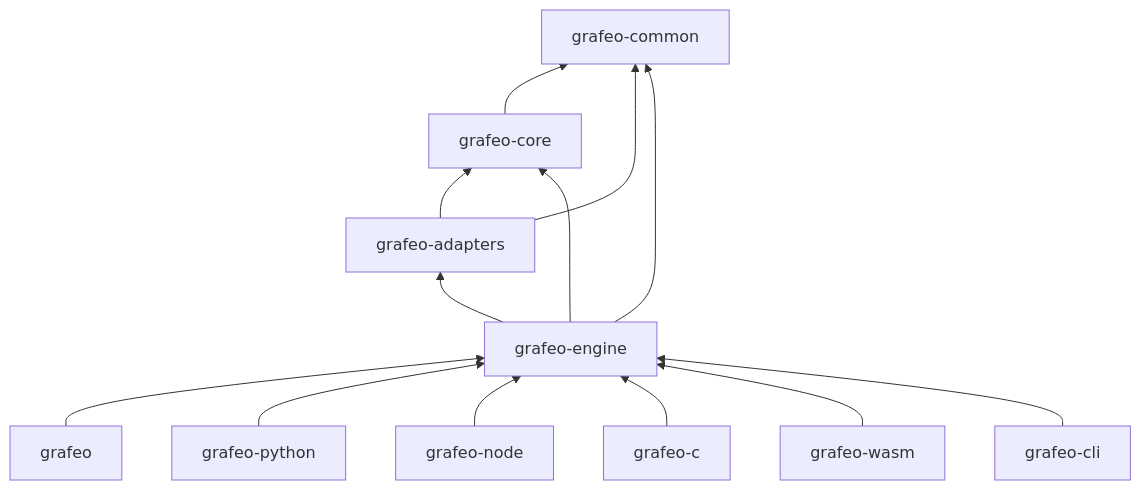
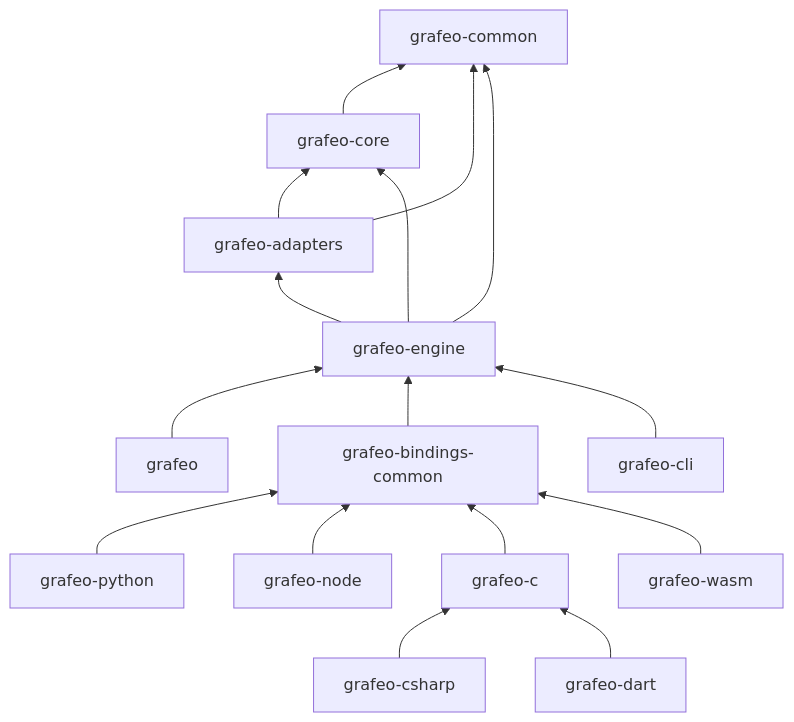
The diagram in docs/architecture/crates.md (Imaclean74/grafeo), drawn with Mermaid before and after one commit. The commit also changed other lines of this file and 44 other files, not shown here.

````diff
--- a/docs/architecture/crates.md
+++ b/docs/architecture/crates.md
@@ -15,26 +15,32 @@
 ```mermaid
 graph BT
     COMMON[grafeo-common]
     CORE[grafeo-core]
     ADAPTERS[grafeo-adapters]
     ENGINE[grafeo-engine]
     GRAFEO[grafeo]
     PYTHON[grafeo-python]
     NODE[grafeo-node]
     CFFI[grafeo-c]
     WASM[grafeo-wasm]
+    CSHARP[grafeo-csharp]
+    DART[grafeo-dart]
+    COMMON_BIND[grafeo-bindings-common]
     CLI[grafeo-cli]
 
     CORE --> COMMON
     ADAPTERS --> COMMON
     ADAPTERS --> CORE
     ENGINE --> COMMON
     ENGINE --> CORE
     ENGINE --> ADAPTERS
     GRAFEO --> ENGINE
-    PYTHON --> ENGINE
-    NODE --> ENGINE
-    CFFI --> ENGINE
-    WASM --> ENGINE
+    COMMON_BIND --> ENGINE
+    PYTHON --> COMMON_BIND
+    NODE --> COMMON_BIND
+    CFFI --> COMMON_BIND
+    WASM --> COMMON_BIND
+    CSHARP --> CFFI
+    DART --> CFFI
     CLI --> ENGINE
 ```
````
